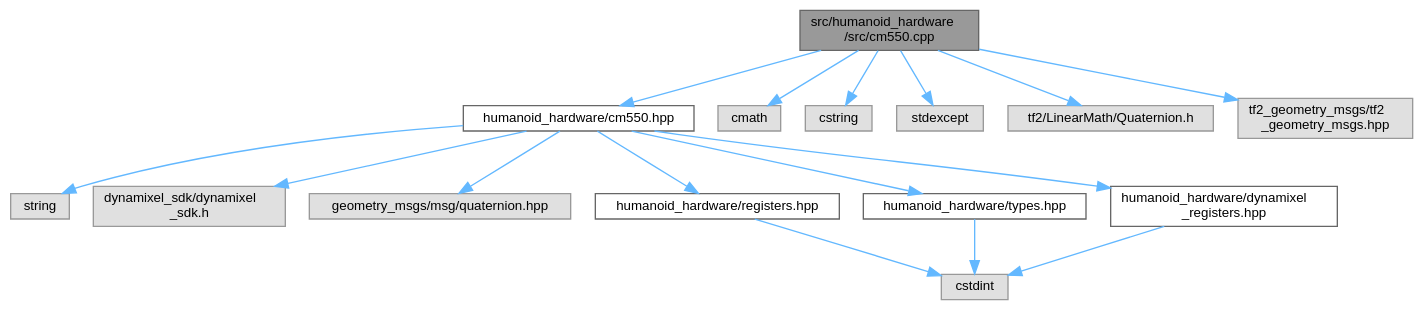
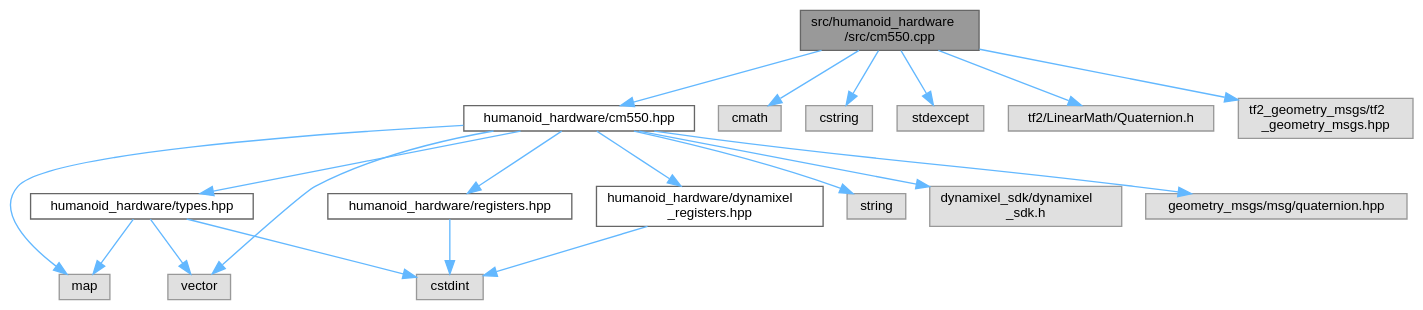
Before and after one commit to Sensor-Fusion-and-Advanced-Control/.github: the diagram in humanoid/api/cpp_generated/cm550_8cpp__incl.dot, drawn with Graphviz. The commit also changed 229 other files, not shown here.

```diff
--- a/humanoid/api/cpp_generated/cm550_8cpp__incl.dot
+++ b/humanoid/api/cpp_generated/cm550_8cpp__incl.dot
@@ -1,36 +1,42 @@
 digraph "src/humanoid_hardware/src/cm550.cpp"
 {
  // LATEX_PDF_SIZE
   bgcolor="transparent";
   edge [fontname=Helvetica,fontsize=10,labelfontname=Helvetica,labelfontsize=10];
   node [fontname=Helvetica,fontsize=10,shape=box,height=0.2,width=0.4];
   Node1 [id="Node000001",label="src/humanoid_hardware\l/src/cm550.cpp",height=0.2,width=0.4,color="gray40", fillcolor="grey60", style="filled", fontcolor="black",tooltip=" "];
   Node1 -> Node2 [id="edge1_Node000001_Node000002",color="steelblue1",style="solid",tooltip=" "];
   Node2 [id="Node000002",label="humanoid_hardware/cm550.hpp",height=0.2,width=0.4,color="grey40", fillcolor="white", style="filled",URL="$cm550_8hpp.html",tooltip=" "];
   Node2 -> Node3 [id="edge2_Node000002_Node000003",color="steelblue1",style="solid",tooltip=" "];
-  Node3 [id="Node000003",label="string",height=0.2,width=0.4,color="grey60", fillcolor="#E0E0E0", style="filled",tooltip=" "];
+  Node3 [id="Node000003",label="map",height=0.2,width=0.4,color="grey60", fillcolor="#E0E0E0", style="filled",tooltip=" "];
   Node2 -> Node4 [id="edge3_Node000002_Node000004",color="steelblue1",style="solid",tooltip=" "];
-  Node4 [id="Node000004",label="dynamixel_sdk/dynamixel\l_sdk.h",height=0.2,width=0.4,color="grey60", fillcolor="#E0E0E0", style="filled",tooltip=" "];
+  Node4 [id="Node000004",label="string",height=0.2,width=0.4,color="grey60", fillcolor="#E0E0E0", style="filled",tooltip=" "];
   Node2 -> Node5 [id="edge4_Node000002_Node000005",color="steelblue1",style="solid",tooltip=" "];
-  Node5 [id="Node000005",label="geometry_msgs/msg/quaternion.hpp",height=0.2,width=0.4,color="grey60", fillcolor="#E0E0E0", style="filled",tooltip=" "];
+  Node5 [id="Node000005",label="vector",height=0.2,width=0.4,color="grey60", fillcolor="#E0E0E0", style="filled",tooltip=" "];
   Node2 -> Node6 [id="edge5_Node000002_Node000006",color="steelblue1",style="solid",tooltip=" "];
-  Node6 [id="Node000006",label="humanoid_hardware/registers.hpp",height=0.2,width=0.4,color="grey40", fillcolor="white", style="filled",URL="$registers_8hpp.html",tooltip=" "];
-  Node6 -> Node7 [id="edge6_Node000006_Node000007",color="steelblue1",style="solid",tooltip=" "];
-  Node7 [id="Node000007",label="cstdint",height=0.2,width=0.4,color="grey60", fillcolor="#E0E0E0", style="filled",tooltip=" "];
+  Node6 [id="Node000006",label="dynamixel_sdk/dynamixel\l_sdk.h",height=0.2,width=0.4,color="grey60", fillcolor="#E0E0E0", style="filled",tooltip=" "];
+  Node2 -> Node7 [id="edge6_Node000002_Node000007",color="steelblue1",style="solid",tooltip=" "];
+  Node7 [id="Node000007",label="geometry_msgs/msg/quaternion.hpp",height=0.2,width=0.4,color="grey60", fillcolor="#E0E0E0", style="filled",tooltip=" "];
   Node2 -> Node8 [id="edge7_Node000002_Node000008",color="steelblue1",style="solid",tooltip=" "];
-  Node8 [id="Node000008",label="humanoid_hardware/types.hpp",height=0.2,width=0.4,color="grey40", fillcolor="white", style="filled",URL="$types_8hpp.html",tooltip=" "];
-  Node8 -> Node7 [id="edge8_Node000008_Node000007",color="steelblue1",style="solid",tooltip=" "];
-  Node2 -> Node9 [id="edge9_Node000002_Node000009",color="steelblue1",style="solid",tooltip=" "];
-  Node9 [id="Node000009",label="humanoid_hardware/dynamixel\l_registers.hpp",height=0.2,width=0.4,color="grey40", fillcolor="white", style="filled",URL="$dynamixel__registers_8hpp.html",tooltip=" "];
-  Node9 -> Node7 [id="edge10_Node000009_Node000007",color="steelblue1",style="solid",tooltip=" "];
-  Node1 -> Node10 [id="edge11_Node000001_Node000010",color="steelblue1",style="solid",tooltip=" "];
-  Node10 [id="Node000010",label="cmath",height=0.2,width=0.4,color="grey60", fillcolor="#E0E0E0", style="filled",tooltip=" "];
-  Node1 -> Node11 [id="edge12_Node000001_Node000011",color="steelblue1",style="solid",tooltip=" "];
-  Node11 [id="Node000011",label="cstring",height=0.2,width=0.4,color="grey60", fillcolor="#E0E0E0", style="filled",tooltip=" "];
-  Node1 -> Node12 [id="edge13_Node000001_Node000012",color="steelblue1",style="solid",tooltip=" "];
-  Node12 [id="Node000012",label="stdexcept",height=0.2,width=0.4,color="grey60", fillcolor="#E0E0E0", style="filled",tooltip=" "];
-  Node1 -> Node13 [id="edge14_Node000001_Node000013",color="steelblue1",style="solid",tooltip=" "];
-  Node13 [id="Node000013",label="tf2/LinearMath/Quaternion.h",height=0.2,width=0.4,color="grey60", fillcolor="#E0E0E0", style="filled",tooltip=" "];
-  Node1 -> Node14 [id="edge15_Node000001_Node000014",color="steelblue1",style="solid",tooltip=" "];
-  Node14 [id="Node000014",label="tf2_geometry_msgs/tf2\l_geometry_msgs.hpp",height=0.2,width=0.4,color="grey60", fillcolor="#E0E0E0", style="filled",tooltip=" "];
+  Node8 [id="Node000008",label="humanoid_hardware/registers.hpp",height=0.2,width=0.4,color="grey40", fillcolor="white", style="filled",URL="$registers_8hpp.html",tooltip=" "];
+  Node8 -> Node9 [id="edge8_Node000008_Node000009",color="steelblue1",style="solid",tooltip=" "];
+  Node9 [id="Node000009",label="cstdint",height=0.2,width=0.4,color="grey60", fillcolor="#E0E0E0", style="filled",tooltip=" "];
+  Node2 -> Node10 [id="edge9_Node000002_Node000010",color="steelblue1",style="solid",tooltip=" "];
+  Node10 [id="Node000010",label="humanoid_hardware/types.hpp",height=0.2,width=0.4,color="grey40", fillcolor="white", style="filled",URL="$types_8hpp.html",tooltip=" "];
+  Node10 -> Node9 [id="edge10_Node000010_Node000009",color="steelblue1",style="solid",tooltip=" "];
+  Node10 -> Node3 [id="edge11_Node000010_Node000003",color="steelblue1",style="solid",tooltip=" "];
+  Node10 -> Node5 [id="edge12_Node000010_Node000005",color="steelblue1",style="solid",tooltip=" "];
+  Node2 -> Node11 [id="edge13_Node000002_Node000011",color="steelblue1",style="solid",tooltip=" "];
+  Node11 [id="Node000011",label="humanoid_hardware/dynamixel\l_registers.hpp",height=0.2,width=0.4,color="grey40", fillcolor="white", style="filled",URL="$dynamixel__registers_8hpp.html",tooltip=" "];
+  Node11 -> Node9 [id="edge14_Node000011_Node000009",color="steelblue1",style="solid",tooltip=" "];
+  Node1 -> Node12 [id="edge15_Node000001_Node000012",color="steelblue1",style="solid",tooltip=" "];
+  Node12 [id="Node000012",label="cmath",height=0.2,width=0.4,color="grey60", fillcolor="#E0E0E0", style="filled",tooltip=" "];
+  Node1 -> Node13 [id="edge16_Node000001_Node000013",color="steelblue1",style="solid",tooltip=" "];
+  Node13 [id="Node000013",label="cstring",height=0.2,width=0.4,color="grey60", fillcolor="#E0E0E0", style="filled",tooltip=" "];
+  Node1 -> Node14 [id="edge17_Node000001_Node000014",color="steelblue1",style="solid",tooltip=" "];
+  Node14 [id="Node000014",label="stdexcept",height=0.2,width=0.4,color="grey60", fillcolor="#E0E0E0", style="filled",tooltip=" "];
+  Node1 -> Node15 [id="edge18_Node000001_Node000015",color="steelblue1",style="solid",tooltip=" "];
+  Node15 [id="Node000015",label="tf2/LinearMath/Quaternion.h",height=0.2,width=0.4,color="grey60", fillcolor="#E0E0E0", style="filled",tooltip=" "];
+  Node1 -> Node16 [id="edge19_Node000001_Node000016",color="steelblue1",style="solid",tooltip=" "];
+  Node16 [id="Node000016",label="tf2_geometry_msgs/tf2\l_geometry_msgs.hpp",height=0.2,width=0.4,color="grey60", fillcolor="#E0E0E0", style="filled",tooltip=" "];
 }
```
